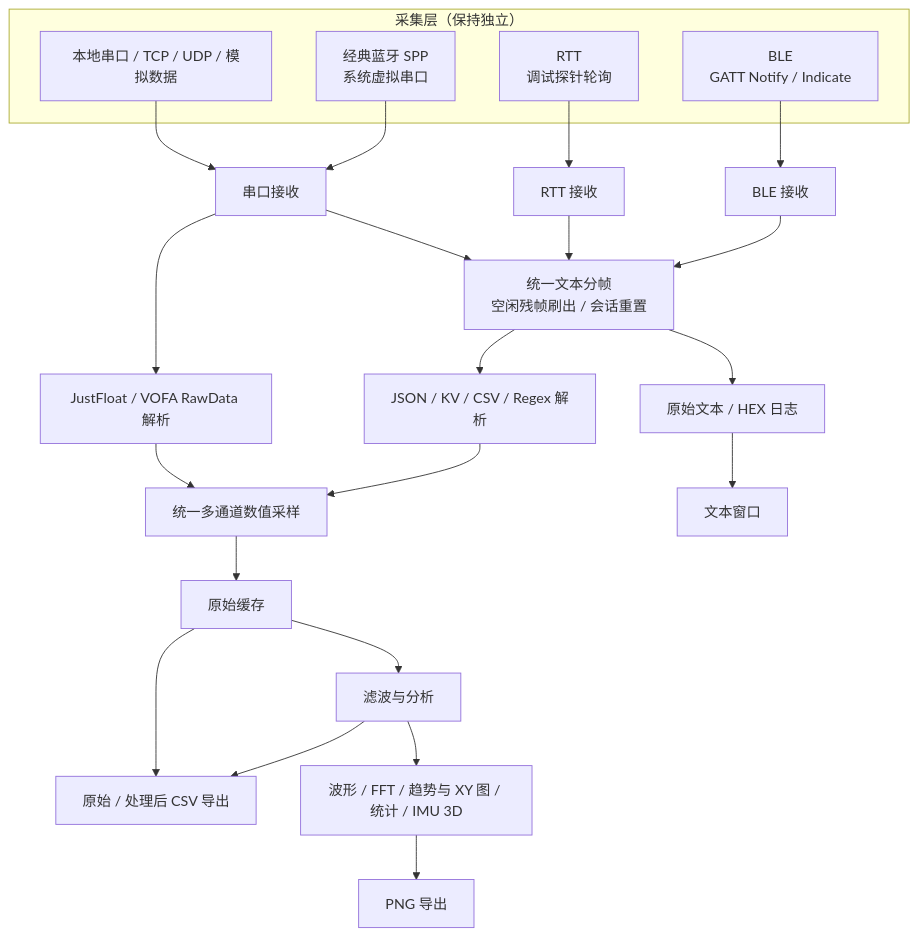
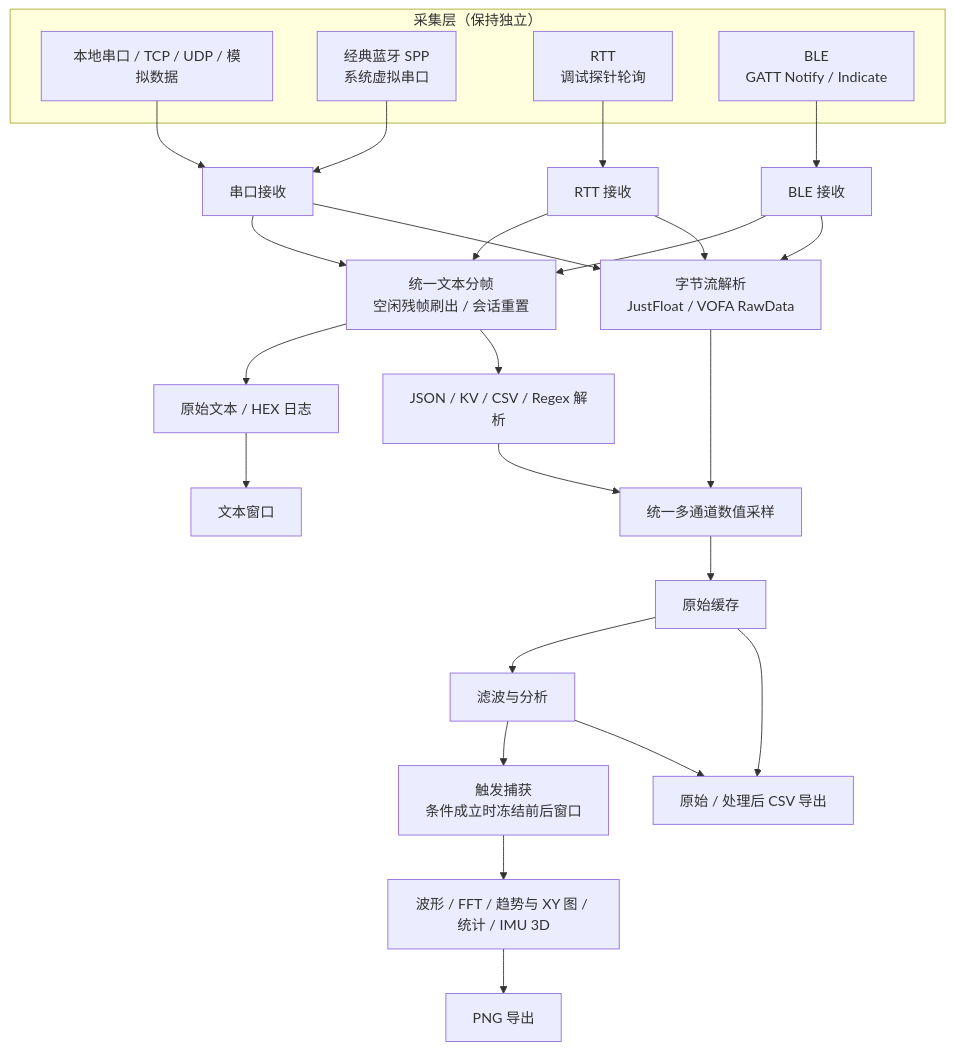
One commit to EmbeddedKitOrg/EK-OmniProbe changed the diagram in README.md. Above: the diagram before and after it, drawn with Mermaid. The commit also changed other lines of this file and 5 other files, not shown here.

````diff
--- a/README.md
+++ b/README.md
@@ -151,32 +151,35 @@
 ```mermaid
 flowchart TB
   subgraph acquisition["采集层（保持独立）"]
     SERIAL["本地串口 / TCP / UDP / 模拟数据"]
     SPP["经典蓝牙 SPP<br/>系统虚拟串口"]
     RTT["RTT<br/>调试探针轮询"]
     BLE["BLE<br/>GATT Notify / Indicate"]
   end
 
   SERIAL --> SERIAL_RX["串口接收"]
   SPP --> SERIAL_RX
   RTT --> RTT_RX["RTT 接收"]
   BLE --> BLE_RX["BLE 接收"]
 
   SERIAL_RX --> FRAME["统一文本分帧<br/>空闲残帧刷出 / 会话重置"]
   RTT_RX --> FRAME
   BLE_RX --> FRAME
 
   FRAME --> LOG["原始文本 / HEX 日志"]
   LOG --> TEXT_VIEW["文本窗口"]
   FRAME --> PARSE["JSON / KV / CSV / Regex 解析"]
-  SERIAL_RX --> JUST_FLOAT["JustFloat / VOFA RawData 解析"]
+  SERIAL_RX --> BYTES["字节流解析<br/>JustFloat / VOFA RawData"]
+  RTT_RX --> BYTES
+  BLE_RX --> BYTES
 
   PARSE --> SAMPLE["统一多通道数值采样"]
-  JUST_FLOAT --> SAMPLE
+  BYTES --> SAMPLE
   SAMPLE --> RAW["原始缓存"]
   RAW --> PROCESS["滤波与分析"]
-  PROCESS --> DISPLAY["波形 / FFT / 趋势与 XY 图 / 统计 / IMU 3D"]
+  PROCESS --> TRIGGER["触发捕获<br/>条件成立时冻结前后窗口"]
+  TRIGGER --> DISPLAY["波形 / FFT / 趋势与 XY 图 / 统计 / IMU 3D"]
   RAW --> CSV["原始 / 处理后 CSV 导出"]
   PROCESS --> CSV
   DISPLAY --> PNG["PNG 导出"]
 ```
````
